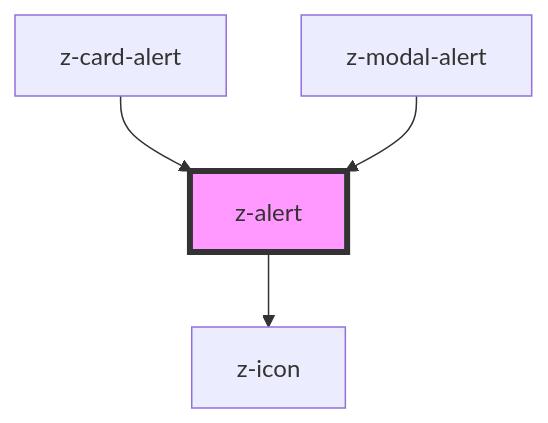
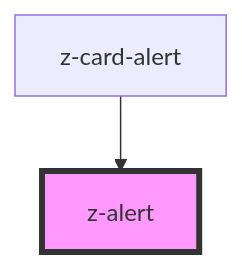
One commit to ZanichelliEditore/design-system changed the diagram in src/components/notification/z-alert/readme.md. Above: the diagram before and after it, drawn with Mermaid. The commit also changed other lines of this file and 8 other files, not shown here.

````diff
--- a/src/components/notification/z-alert/readme.md
+++ b/src/components/notification/z-alert/readme.md
@@ -37,7 +29,5 @@
 ```mermaid
 graph TD;
-  z-alert --> z-icon
   z-card-alert --> z-alert
-  z-modal-alert --> z-alert
   style z-alert fill:#f9f,stroke:#333,stroke-width:4px
 ```
````
